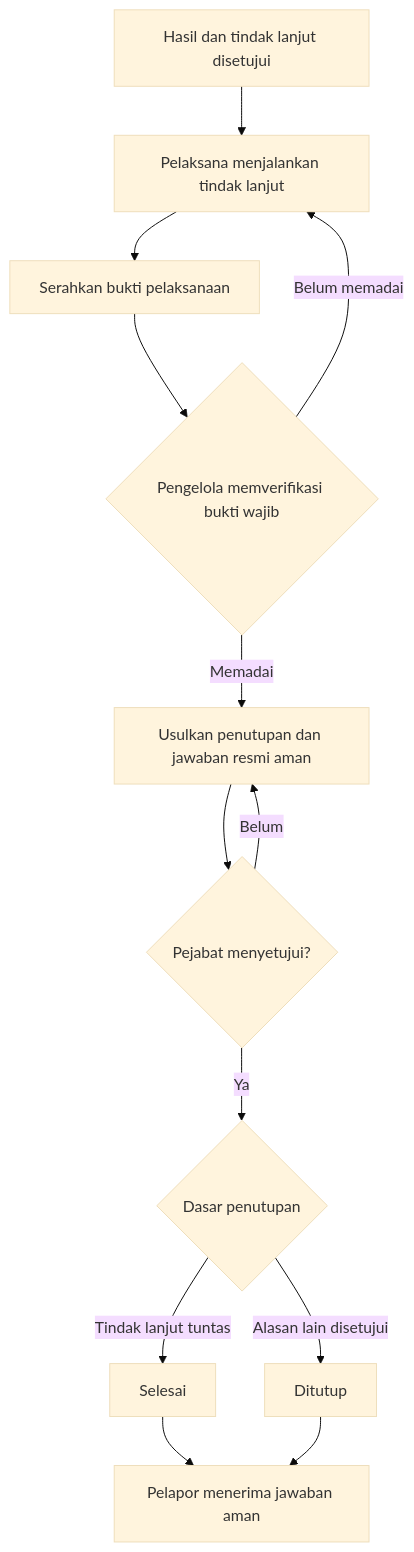
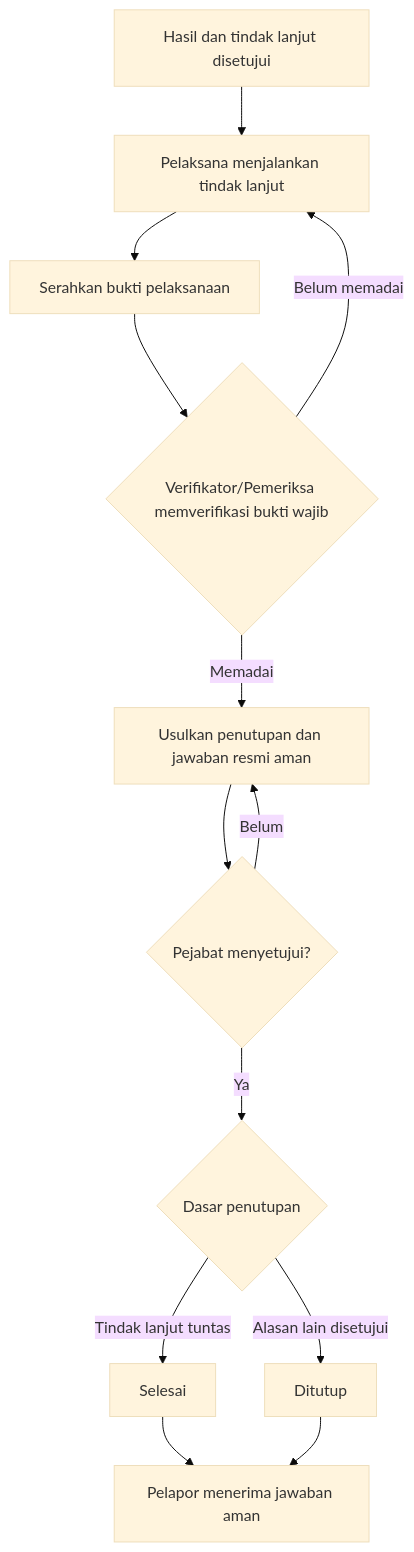
Before and after one commit to notizen-00/wbs-spi: the fourth of 9 diagrams in docs/flowcharts.md, drawn with Mermaid (base theme). The commit also changed other lines of this file and 39 other files, not shown here.

````diff
--- a/docs/flowcharts.md
+++ b/docs/flowcharts.md
@@ -71,15 +71,15 @@
 ```mermaid
 flowchart TD
     A["Hasil dan tindak lanjut disetujui"] --> B["Pelaksana menjalankan tindak lanjut"]
     B --> C["Serahkan bukti pelaksanaan"]
-    C --> D{"Pengelola memverifikasi bukti wajib"}
+    C --> D{"Verifikator/Pemeriksa memverifikasi bukti wajib"}
     D -->|Belum memadai| B
     D -->|Memadai| E["Usulkan penutupan dan jawaban resmi aman"]
     E --> F{"Pejabat menyetujui?"}
     F -->|Belum| E
     F -->|Ya| G{"Dasar penutupan"}
     G -->|Tindak lanjut tuntas| H["Selesai"]
     G -->|Alasan lain disetujui| I["Ditutup"]
     H --> J["Pelapor menerima jawaban aman"]
     I --> J
 ```
````
